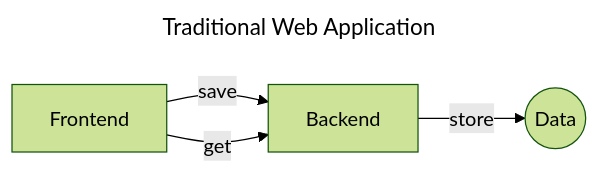
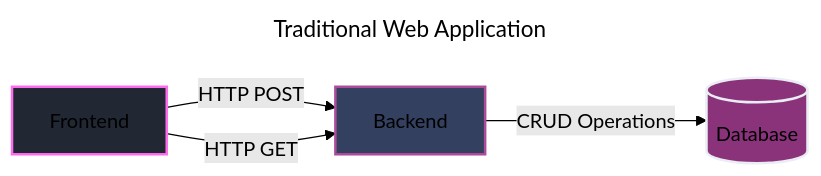
The first of 6 diagrams in localFirstVue/slides.md (alexanderop/slides), drawn with Mermaid (forest theme) before and after one commit. The commit also changed other lines of this file, not shown here.

Commit message:
Update Twitter logo to X logo and enhance Mermaid diagrams with styling and color

````diff
--- a/localFirstVue/slides.md
+++ b/localFirstVue/slides.md
@@ -151,13 +151,17 @@
-```mermaid
+```mermaid{scale: 1.2}
 ---
 title: Traditional Web Application
 ---
 graph LR
-    F[Frontend] 
-    B[Backend]
-    D((Data))
+    F[Frontend]:::client
+    B[Backend]:::server
+    D[(Database)]:::db
     
-    F -->|save| B
-    F -->|get| B
-    B -->|store| D
+    F -->|HTTP POST| B
+    F -->|HTTP GET| B
+    B -->|CRUD Operations| D
+
+    classDef client fill:#212733,stroke:#FF6BED,stroke-width:2px
+    classDef server fill:#344060,stroke:#AB4B99,stroke-width:2px
+    classDef db fill:#8A337B,stroke:#EAEDF3,stroke-width:2px
 ```
````
